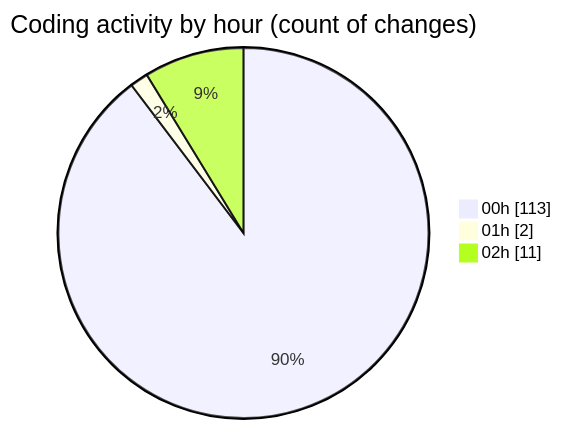
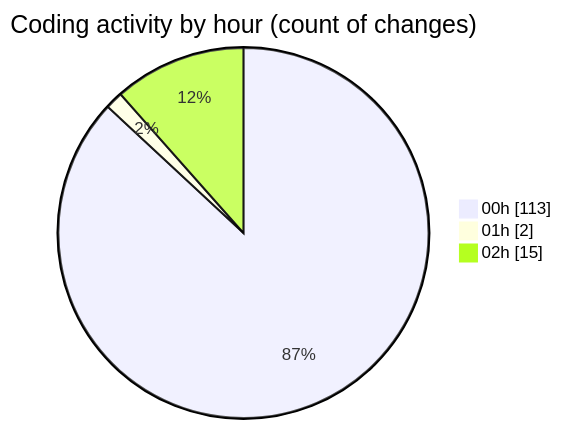
One commit to lephambinh05/code-tracking changed the second of 2 diagrams in 2025-08-06/napxuvn/README.md. Above: the diagram before and after it, drawn with Mermaid. The commit also changed other lines of this file and 1 other file, not shown here.

````diff
--- a/2025-08-06/napxuvn/README.md
+++ b/2025-08-06/napxuvn/README.md
@@ -99,7 +99,7 @@
 ```mermaid
 pie showData
 title Coding activity by hour (count of changes)
 "00h" : 113
 "01h" : 2
-"02h" : 11
+"02h" : 15
 ```
````
